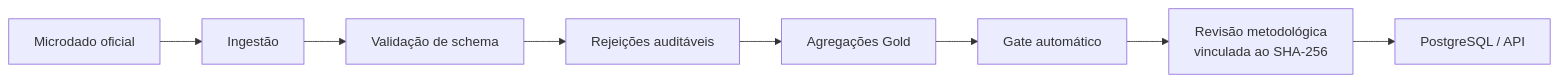
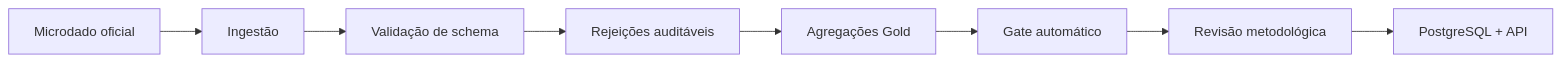
One commit to peedrovinicius/mercado-tech-brasil changed the second of 3 diagrams in README.md. Above: the diagram before and after it, drawn with Mermaid. The commit also changed other lines of this file and 9 other files, not shown here.

```diff
--- a/README.md
+++ b/README.md
@@ -41,10 +50,10 @@
 ~~~mermaid
 flowchart LR
     A["Microdado oficial"] --> B["Ingestão"]
     B --> C["Validação de schema"]
     C --> D["Rejeições auditáveis"]
     D --> E["Agregações Gold"]
     E --> F["Gate automático"]
-    F --> G["Revisão metodológica<br/>vinculada ao SHA-256"]
-    G --> H["PostgreSQL / API"]
+    F --> G["Revisão metodológica"]
+    G --> H["PostgreSQL + API"]
 ~~~
```
